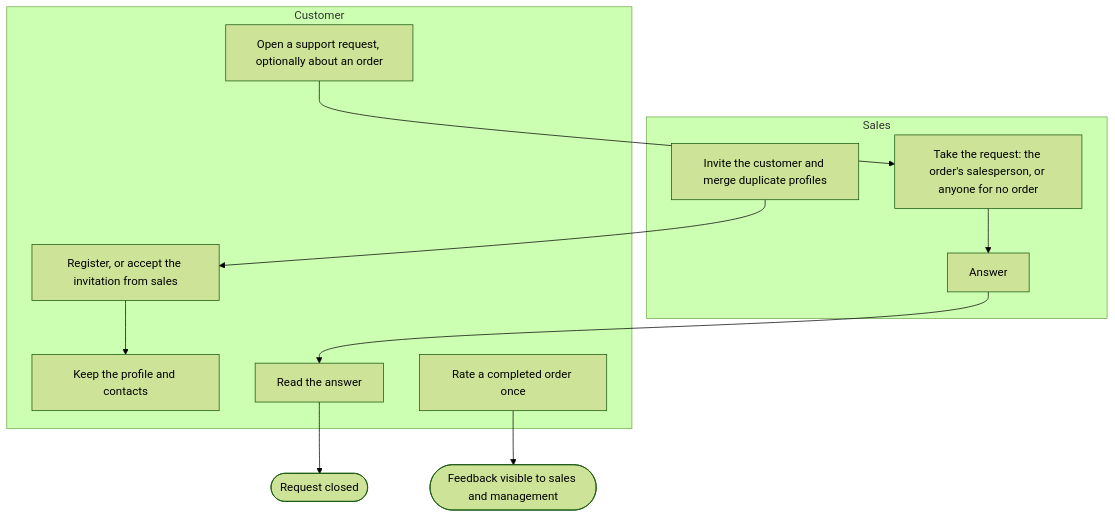
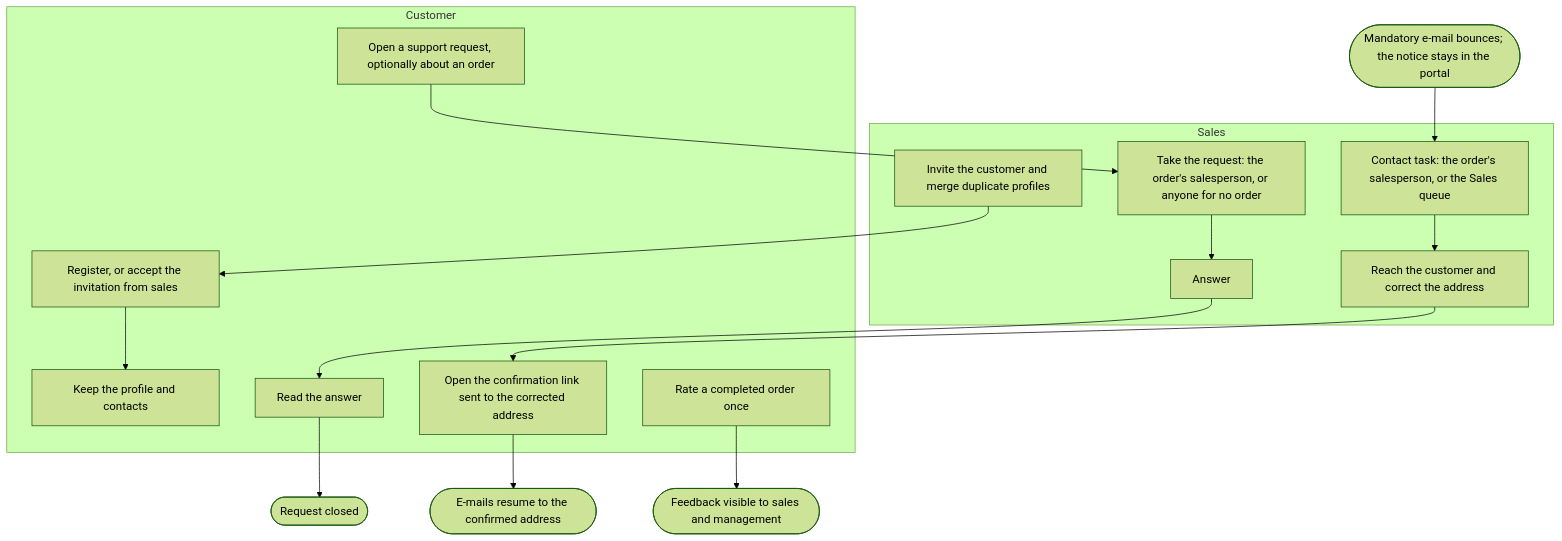
One commit to SoltuneMontepre/medilab changed diagram 15 of 17 in docs/functional/business-flows.md. Above: the diagram before and after it, drawn with Mermaid (forest theme). The commit also changed other lines of this file and 122 other files, not shown here.

First line of the commit message:
[docs] Align the requirements with the final activity diagrams and BM04 v1.1 (#551)

````diff
--- a/docs/functional/business-flows.md
+++ b/docs/functional/business-flows.md
@@ -651,18 +695,22 @@
 ```mermaid
 flowchart TD
     subgraph lane36 ["Customer"]
         c1[Register, or accept the invitation from sales] --> c2[Keep the profile and contacts]
         c3[Open a support request, optionally about an order]
         c4[Read the answer]
         c5[Rate a completed order once]
+        c6[Open the confirmation link sent to the corrected address]
     end
     subgraph lane37 ["Sales"]
         s1[Invite the customer and merge duplicate profiles]
         s2["Take the request: the order's salesperson, or anyone for no order"]
         s3[Answer]
+        s4["Contact task: the order's salesperson, or the Sales queue"] --> s5[Reach the customer and correct the address]
     end
     s1 --> c1
     c3 --> s2 --> s3 --> c4
     c4 --> closed([Request closed])
     c5 --> rated([Feedback visible to sales and management])
+    bounce(["Mandatory e-mail bounces; the notice stays in the portal"]) --> s4
+    s5 --> c6 --> resumed([E-mails resume to the confirmed address])
 ```
````
